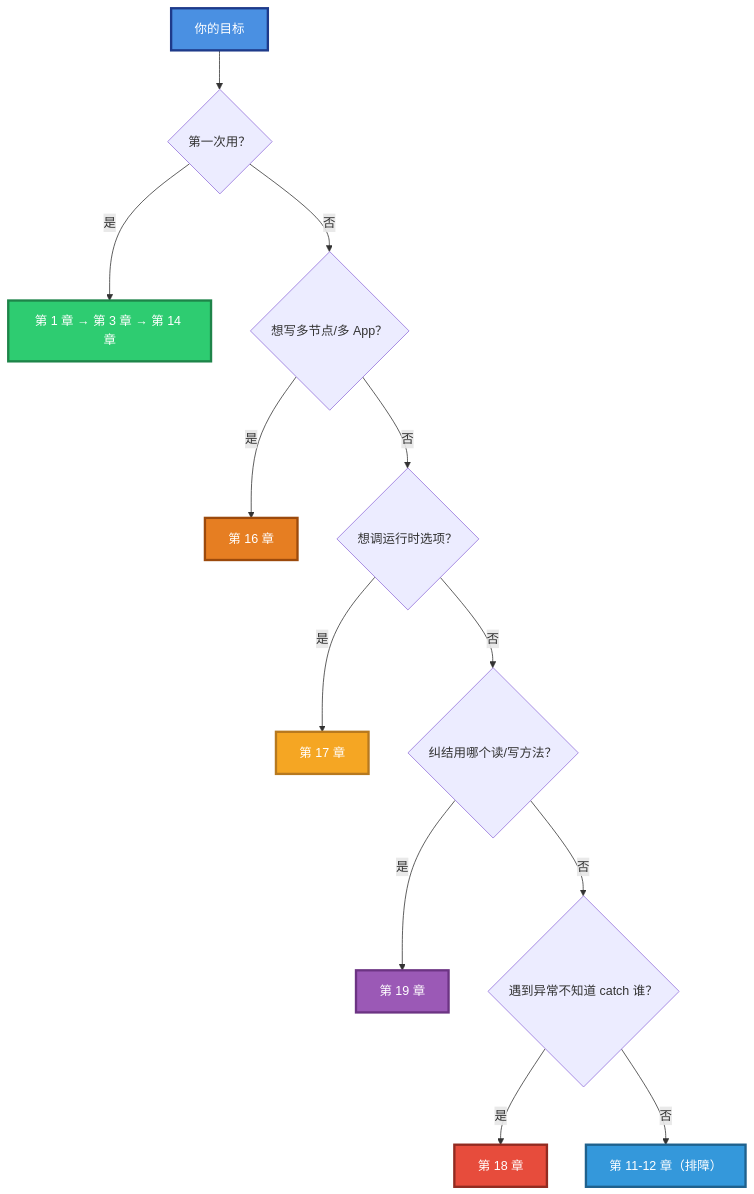
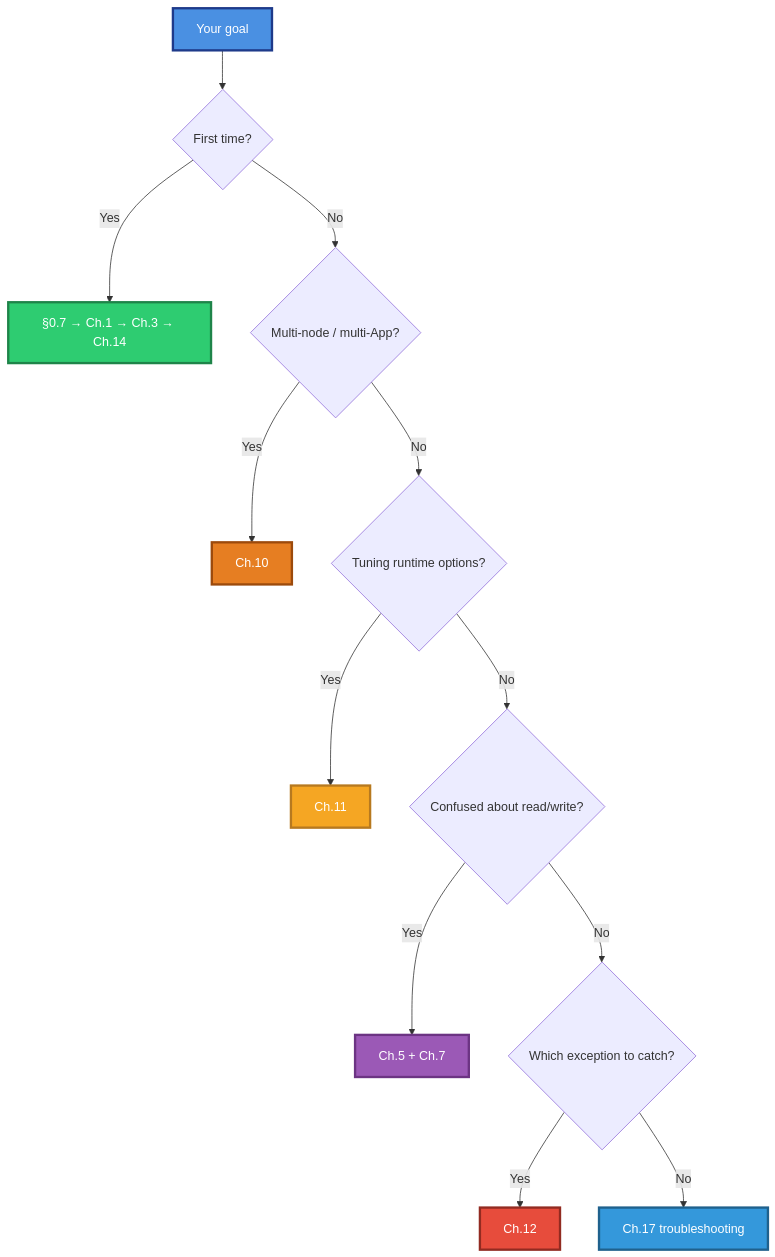
One commit to PassByYou888/LingoFuse changed the second of 26 diagrams in cpp/LingoFuse_Cpp_Knowledge_Base.md. Above: the diagram before and after it, drawn with Mermaid. The commit also changed other lines of this file, not shown here.

````diff
--- a/cpp/LingoFuse_Cpp_Knowledge_Base.md
+++ b/cpp/LingoFuse_Cpp_Knowledge_Base.md
@@ -14,22 +123,22 @@
 ```mermaid
 flowchart TD
-    S["你的目标"] --> Q1{"第一次用？"}
-    Q1 -- 是 --> R1["第 1 章 → 第 3 章 → 第 14 章"]
-    Q1 -- 否 --> Q2{"想写多节点/多 App？"}
-    Q2 -- 是 --> R2["第 16 章"]
-    Q2 -- 否 --> Q3{"想调运行时选项？"}
-    Q3 -- 是 --> R3["第 17 章"]
-    Q3 -- 否 --> Q4{"纠结用哪个读/写方法？"}
-    Q4 -- 是 --> R4["第 19 章"]
-    Q4 -- 否 --> Q5{"遇到异常不知道 catch 谁？"}
-    Q5 -- 是 --> R5["第 18 章"]
-    Q5 -- 否 --> R6["第 11-12 章（排障）"]
+    S["Your goal"] --> Q1{"First time?"}
+    Q1 -- Yes --> R1["§0.7 → Ch.1 → Ch.3 → Ch.14"]
+    Q1 -- No --> Q2{"Multi-node / multi-App?"}
+    Q2 -- Yes --> R2["Ch.10"]
+    Q2 -- No --> Q3{"Tuning runtime options?"}
+    Q3 -- Yes --> R3["Ch.11"]
+    Q3 -- No --> Q4{"Confused about read/write?"}
+    Q4 -- Yes --> R4["Ch.5 + Ch.7"]
+    Q4 -- No --> Q5{"Which exception to catch?"}
+    Q5 -- Yes --> R5["Ch.12"]
+    Q5 -- No --> R6["Ch.17 troubleshooting"]
 
     style S fill:#4A90E2,stroke:#1E3A8A,stroke-width:3px,color:#FFFFFF
     style R1 fill:#2ECC71,stroke:#1E8449,stroke-width:3px,color:#FFFFFF
     style R2 fill:#E67E22,stroke:#9C4A0C,stroke-width:3px,color:#FFFFFF
     style R3 fill:#F5A623,stroke:#B7791F,stroke-width:3px,color:#FFFFFF
     style R4 fill:#9B59B6,stroke:#6C3483,stroke-width:3px,color:#FFFFFF
     style R5 fill:#E74C3C,stroke:#922B21,stroke-width:3px,color:#FFFFFF
     style R6 fill:#3498DB,stroke:#1F618D,stroke-width:3px,color:#FFFFFF
 ```
````
